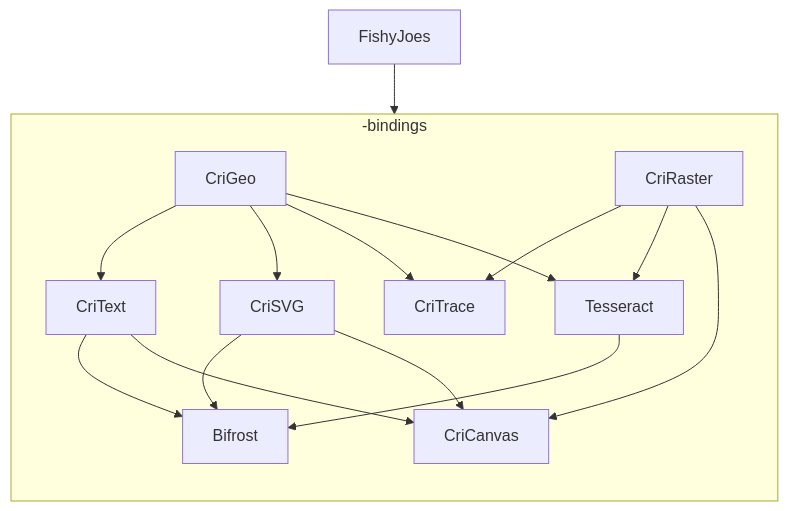
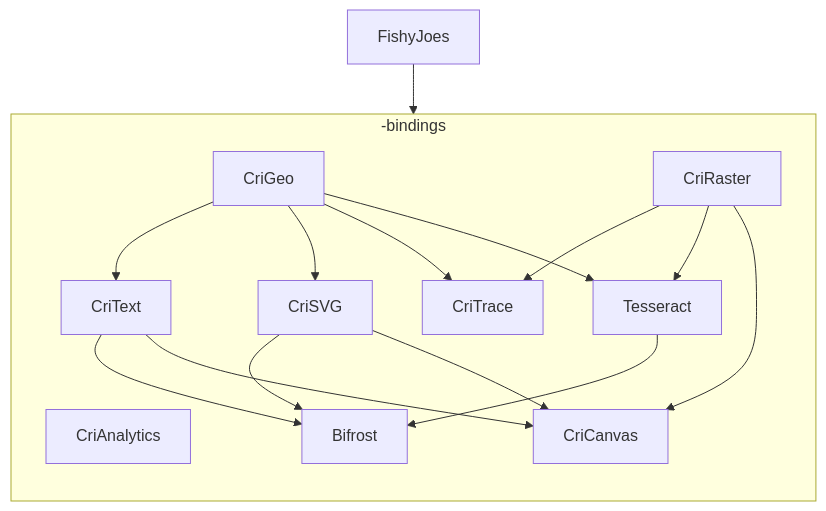
Before and after one commit to cricut/FishyJoes: the diagram in documentation/downstream-repo-dependencies.md, drawn with Mermaid.

Commit message:
Induct CriAnalytics into the downstream-repo-dependencies diagram

````diff
--- a/documentation/downstream-repo-dependencies.md
+++ b/documentation/downstream-repo-dependencies.md
@@ -1,14 +1,15 @@
 ```mermaid
 graph TB;
 FishyJoes --> -bindings;
 subgraph -bindings;
 direction TB;
+CriAnalytics;
 CriGeo --> CriText;
 CriGeo --> CriSVG;
 CriGeo & CriRaster --> CriTrace;
 CriGeo & CriRaster  --> Tesseract;
 Tesseract & CriSVG & CriText --> Bifrost;
 CriSVG --> CriCanvas;
 CriText & CriRaster --> CriCanvas;
 end
 ```
````
